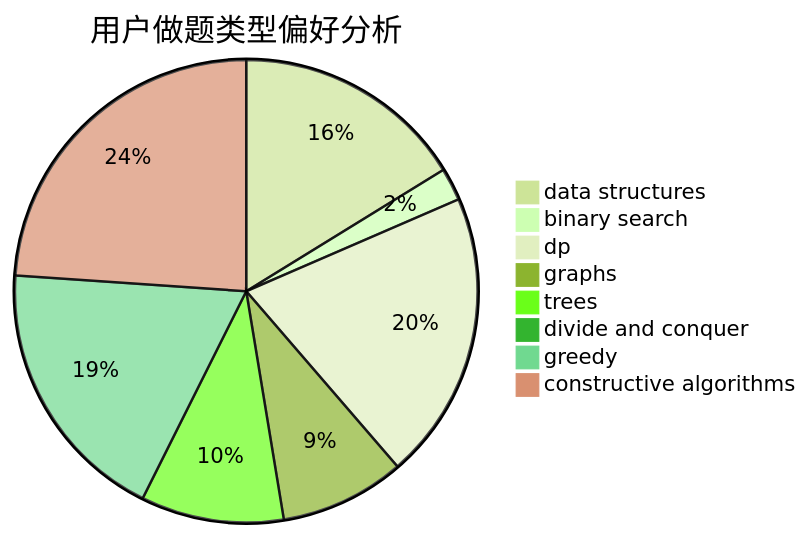
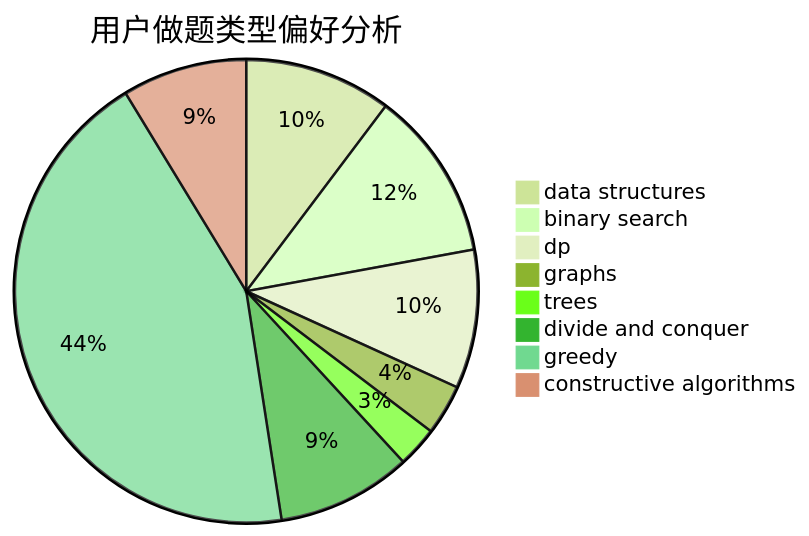
The second of 3 diagrams in docs/user/u470.md (sherpahu/cfrs.github.io), drawn with Mermaid (forest theme) before and after one commit. The commit also changed other lines of this file and 2770 other files, not shown here.

````diff
--- a/docs/user/u470.md
+++ b/docs/user/u470.md
@@ -23,11 +23,11 @@
 ```mermaid
 pie title 用户做题类型偏好分析
-    "data structures" :  78
-    "binary search" :  11
-    "dp" :  97
-    "graphs" :  42
-    "trees" :  48
-    "divide and conquer" :  0
-    "greedy" :  90
-    "constructive algorithms" :  115
+    "data structures" :  105
+    "binary search" :  121
+    "dp" :  99
+    "graphs" :  36
+    "trees" :  29
+    "divide and conquer" :  96
+    "greedy" :  447
+    "constructive algorithms" :  89
 ```
````
